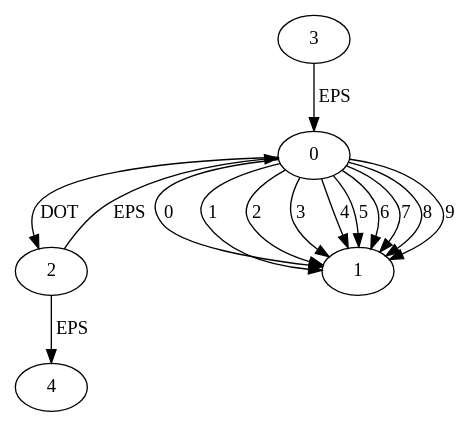
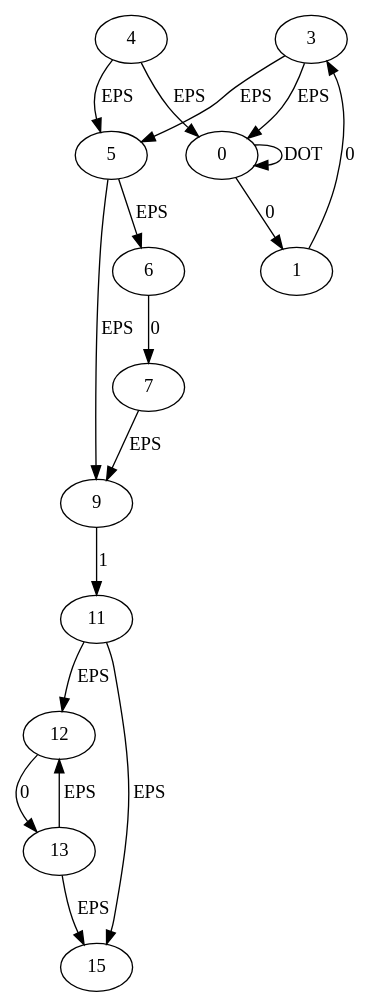
One commit to dsiragusa/grep changed the diagram in dot/thompson.dot. Above: the diagram before and after it, drawn with Graphviz. The commit also changed 10 other files, not shown here.

```diff
--- a/dot/thompson.dot
+++ b/dot/thompson.dot
@@ -1,16 +1,19 @@
 digraph nfa{
+12 -> 13 [label="0"];
+1 -> 3 [label="0"];
+11 -> 12 [label="EPS"];
+11 -> 15 [label="EPS"];
+0 -> 1 [label="0"];
+0 -> 0 [label="DOT"];
+6 -> 7 [label="0"];
+7 -> 9 [label="EPS"];
+9 -> 11 [label="1"];
 3 -> 0 [label="EPS"];
-2 -> 0 [label="EPS"];
-2 -> 4 [label="EPS"];
-0 -> 1 [label="0"];
-0 -> 1 [label="1"];
-0 -> 1 [label="2"];
-0 -> 1 [label="3"];
-0 -> 1 [label="4"];
-0 -> 1 [label="5"];
-0 -> 1 [label="6"];
-0 -> 1 [label="7"];
-0 -> 1 [label="8"];
-0 -> 1 [label="9"];
-0 -> 2 [label="DOT"];
+3 -> 5 [label="EPS"];
+5 -> 6 [label="EPS"];
+5 -> 9 [label="EPS"];
+13 -> 12 [label="EPS"];
+13 -> 15 [label="EPS"];
+4 -> 5 [label="EPS"];
+4 -> 0 [label="EPS"];
 }
```
